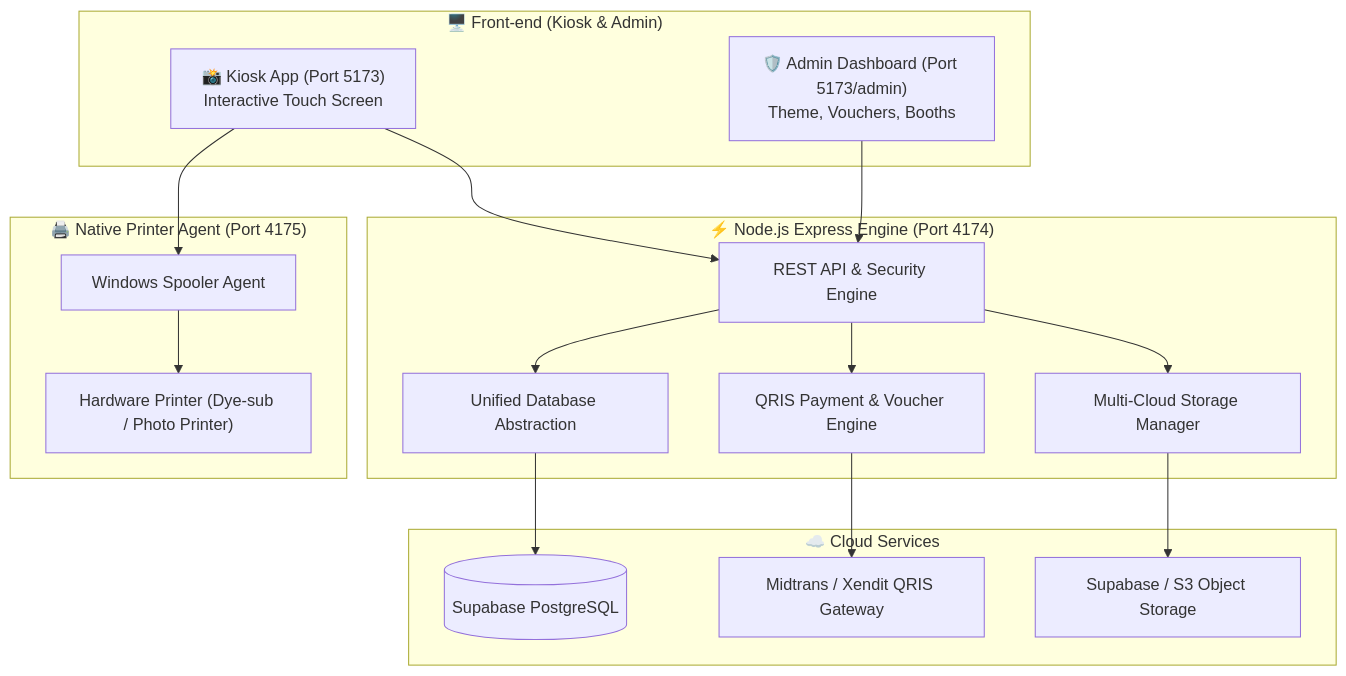
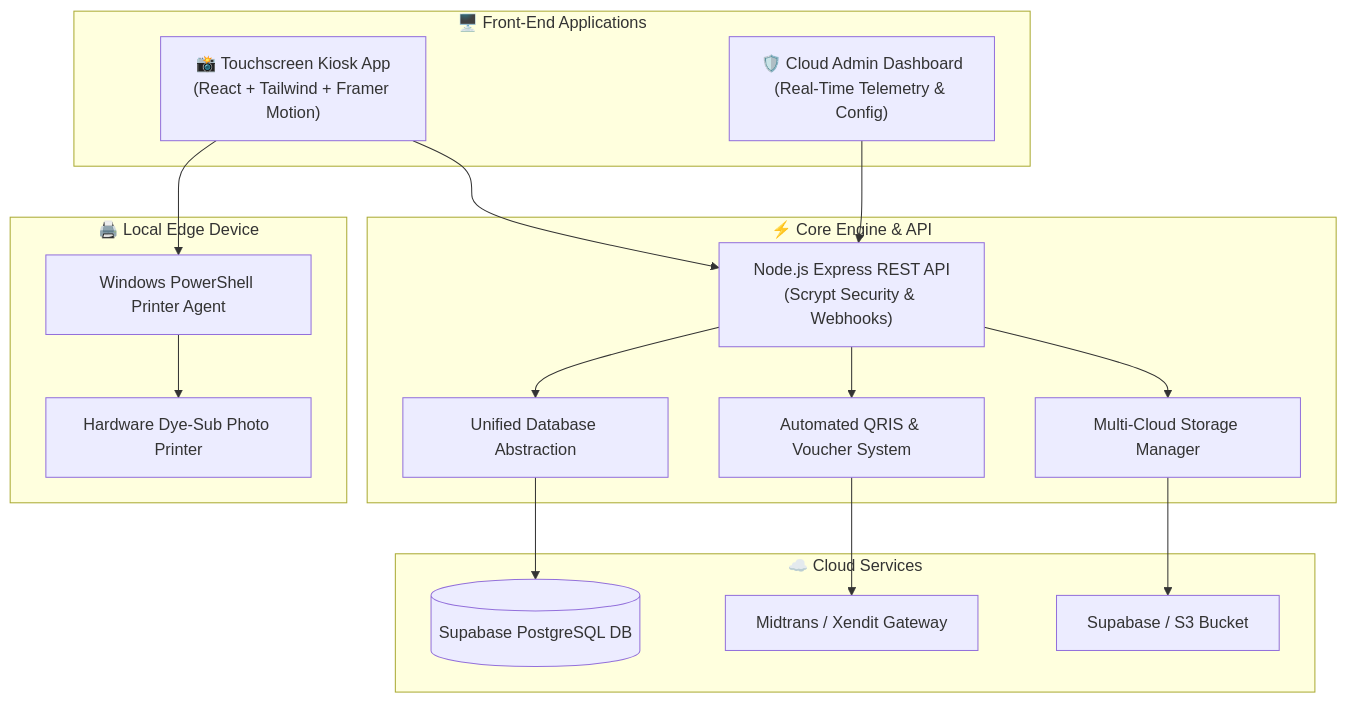
The diagram in README.md (yassnath/photobooth), drawn with Mermaid before and after one commit. The commit also changed other lines of this file, not shown here.

````diff
--- a/README.md
+++ b/README.md
@@ -46,33 +52,32 @@
 ```mermaid
 graph TD
-    subgraph Client ["🖥️ Front-end (Kiosk & Admin)"]
-        Kiosk["📸 Kiosk App (Port 5173)\nInteractive Touch Screen"]
-        Admin["🛡️ Admin Dashboard (Port 5173/admin)\nTheme, Vouchers, Booths"]
+    subgraph Client ["🖥️ Front-End Applications"]
+        Kiosk["📸 Touchscreen Kiosk App\n(React + Tailwind + Framer Motion)"]
+        Admin["🛡️ Cloud Admin Dashboard\n(Real-Time Telemetry & Config)"]
     end
 
-    subgraph Backend ["⚡ Node.js Express Engine (Port 4174)"]
-        API["REST API & Security Engine"]
+    subgraph Backend ["⚡ Core Engine & API"]
+        API["Node.js Express REST API\n(Scrypt Security & Webhooks)"]
         DBLayer["Unified Database Abstraction"]
-        PayManager["QRIS Payment & Voucher Engine"]
+        PayEngine["Automated QRIS & Voucher System"]
         StorageEngine["Multi-Cloud Storage Manager"]
     end
 
-    subgraph Hardware ["🖨️ Native Printer Agent (Port 4175)"]
-        Agent["Windows Spooler Agent"]
-        Printer["Hardware Printer (Dye-sub / Photo Printer)"]
+    subgraph Hardware ["🖨️ Local Edge Device"]
+        Agent["Windows PowerShell Printer Agent"]
+        Printer["Hardware Dye-Sub Photo Printer"]
     end
 
-    subgraph Data ["☁️ Cloud Services"]
-        Supabase[("Supabase PostgreSQL")]
-        PaymentGW["Midtrans / Xendit QRIS Gateway"]
-        CloudStorage["Supabase / S3 Object Storage"]
+    subgraph Cloud ["☁️ Cloud Services"]
+        Supabase[("Supabase PostgreSQL DB")]
+        PaymentGW["Midtrans / Xendit Gateway"]
+        CloudStorage["Supabase / S3 Bucket"]
     end
 
     Kiosk --> API
     Admin --> API
-    API --> DBLayer
-    DBLayer --> Supabase
-    API --> PayManager --> PaymentGW
+    API --> DBLayer --> Supabase
+    API --> PayEngine --> PaymentGW
     API --> StorageEngine --> CloudStorage
     Kiosk --> Agent --> Printer
 ```
````
